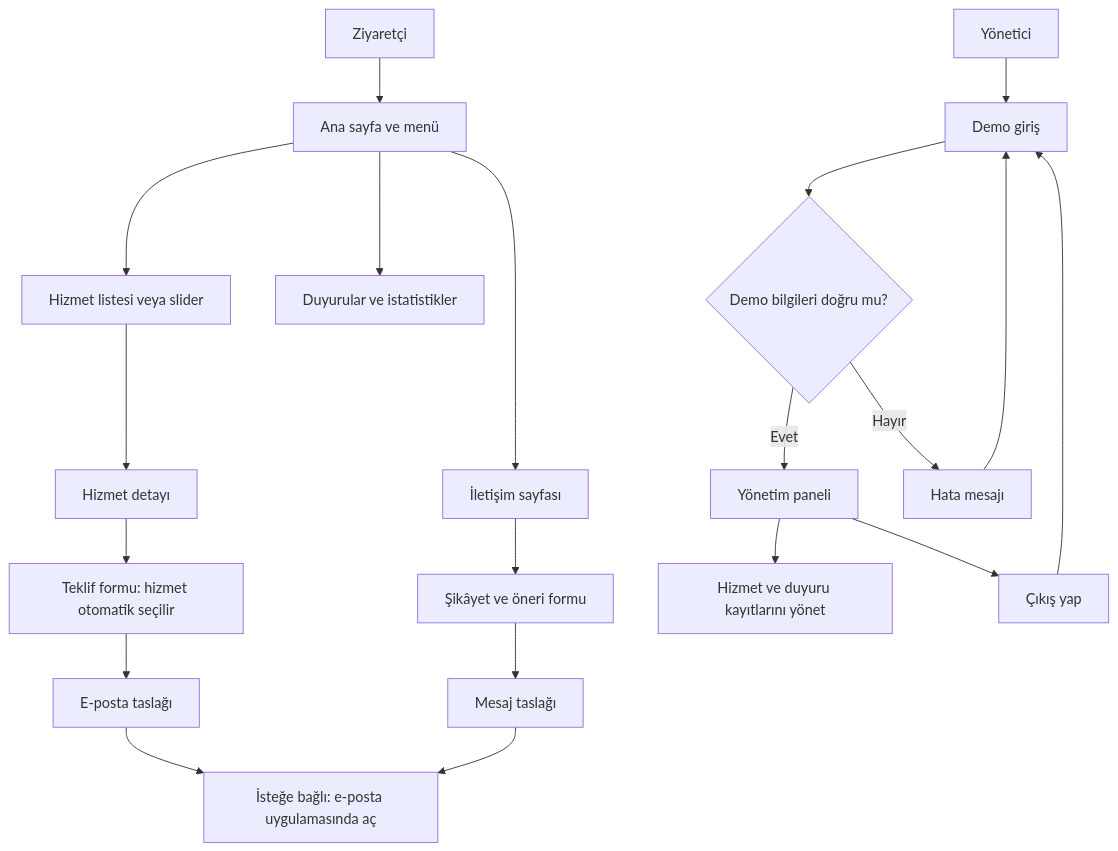
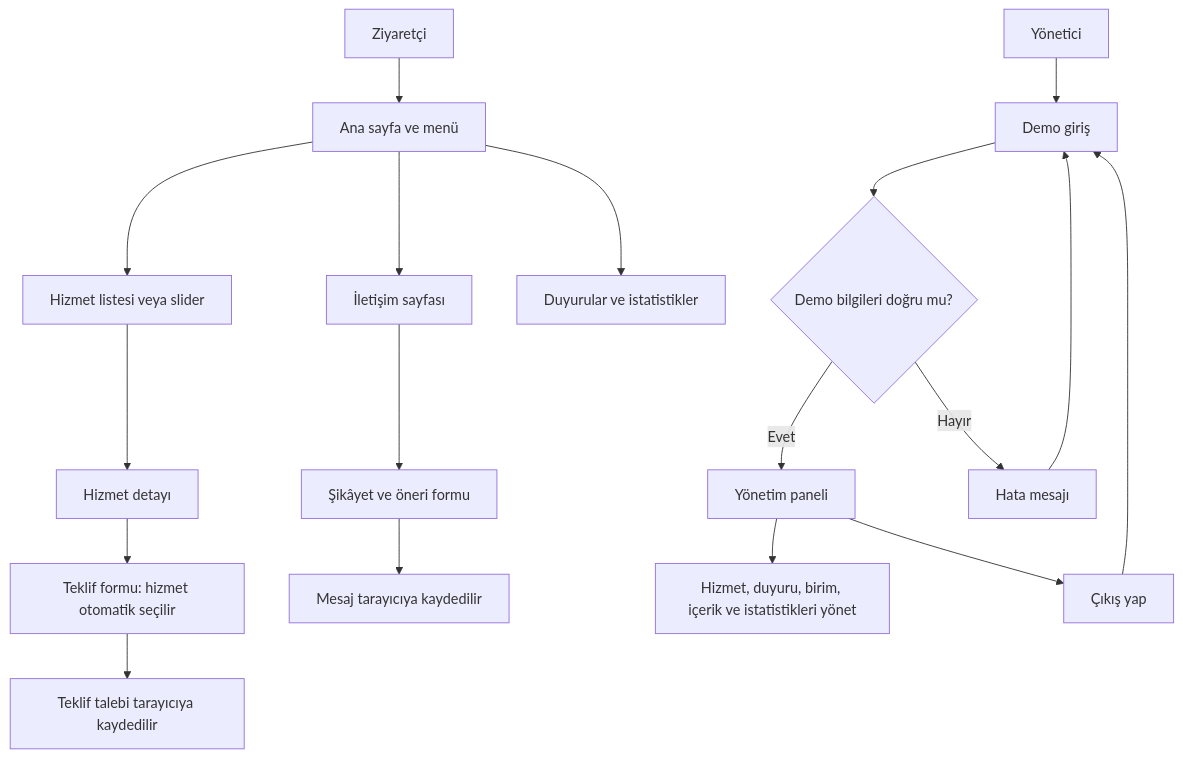
Before and after one commit to bersudemir/dijital-ajans-web-projesi: the first of 2 diagrams in README.md, drawn with Mermaid. The commit also changed other lines of this file and 28 other files, not shown here.

````diff
--- a/README.md
+++ b/README.md
@@ -86,23 +86,21 @@
 ```mermaid
 flowchart TD
     Visitor["Ziyaretçi"] --> Home["Ana sayfa ve menü"]
     Home --> Services["Hizmet listesi veya slider"]
     Services --> Detail["Hizmet detayı"]
     Detail --> Quote["Teklif formu: hizmet otomatik seçilir"]
-    Quote --> Draft["E-posta taslağı"]
-    Draft --> MailApp["İsteğe bağlı: e-posta uygulamasında aç"]
+    Quote --> SavedQuote["Teklif talebi tarayıcıya kaydedilir"]
     Home --> Contact["İletişim sayfası"]
     Contact --> Feedback["Şikâyet ve öneri formu"]
-    Feedback --> Preview["Mesaj taslağı"]
-    Preview --> MailApp
+    Feedback --> SavedFeedback["Mesaj tarayıcıya kaydedilir"]
     Home --> Content["Duyurular ve istatistikler"]
 
     Admin["Yönetici"] --> Login["Demo giriş"]
     Login --> Valid{"Demo bilgileri doğru mu?"}
     Valid -->|Evet| Dashboard["Yönetim paneli"]
     Valid -->|Hayır| Error["Hata mesajı"]
     Error --> Login
-    Dashboard --> Manage["Hizmet ve duyuru kayıtlarını yönet"]
+    Dashboard --> Manage["Hizmet, duyuru, birim, içerik ve istatistikleri yönet"]
     Dashboard --> Logout["Çıkış yap"]
     Logout --> Login
 ```
````
